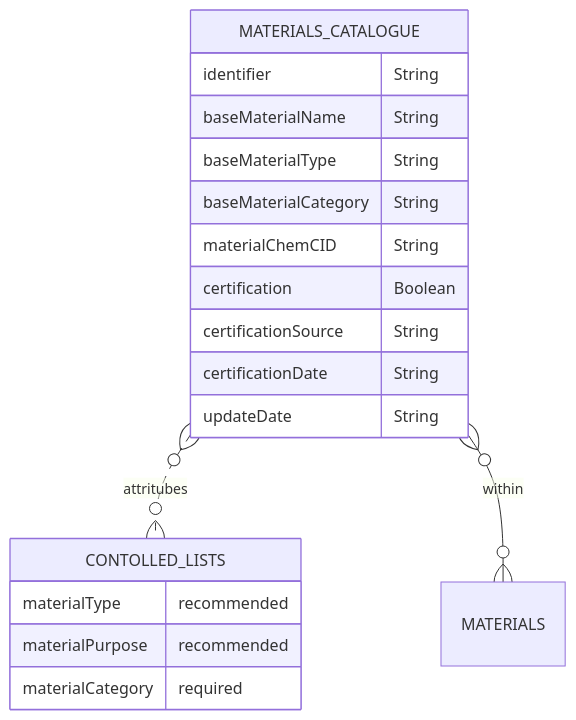
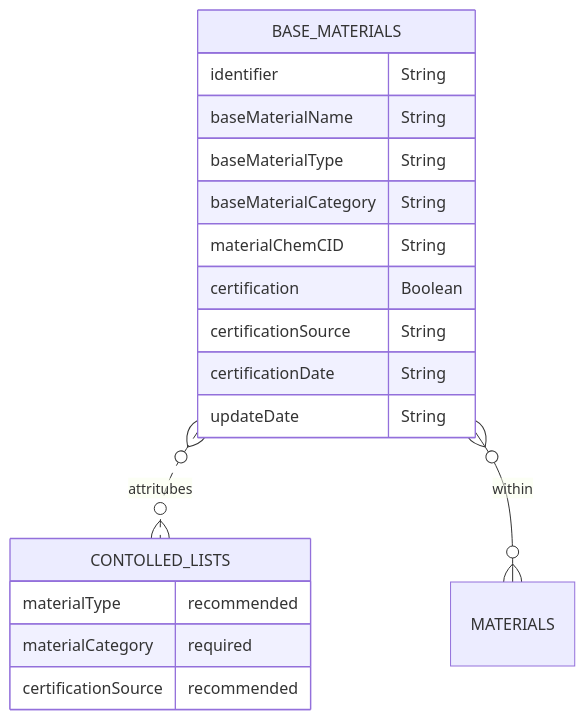
Before and after one commit to OpenDataManchester/Open3P: the diagram in docs/3_Data_Specification/3_1_Base_Materials.md, drawn with Mermaid. The commit also changed other lines of this file, not shown here.

Commit message:
Added examples of Base Materials

````diff
--- a/docs/3_Data_Specification/3_1_Base_Materials.md
+++ b/docs/3_Data_Specification/3_1_Base_Materials.md
@@ -25,21 +25,21 @@
 ``` mermaid
 erDiagram
-  MATERIALS_CATALOGUE {
+  BASE_MATERIALS {
     identifier String
     baseMaterialName String
     baseMaterialType String
     baseMaterialCategory String
     materialChemCID String
     certification Boolean
     certificationSource String
     certificationDate String
     updateDate String
   }
-  MATERIALS_CATALOGUE }o..o{ CONTOLLED_LISTS : attritubes
-  MATERIALS_CATALOGUE }o--o{ MATERIALS : within
+  BASE_MATERIALS }o..o{ CONTOLLED_LISTS : attritubes
+  BASE_MATERIALS }o--o{ MATERIALS : within
       CONTOLLED_LISTS {
     materialType recommended
-    materialPurpose recommended
     materialCategory required
+    certificationSource recommended
   }
 ```
````
